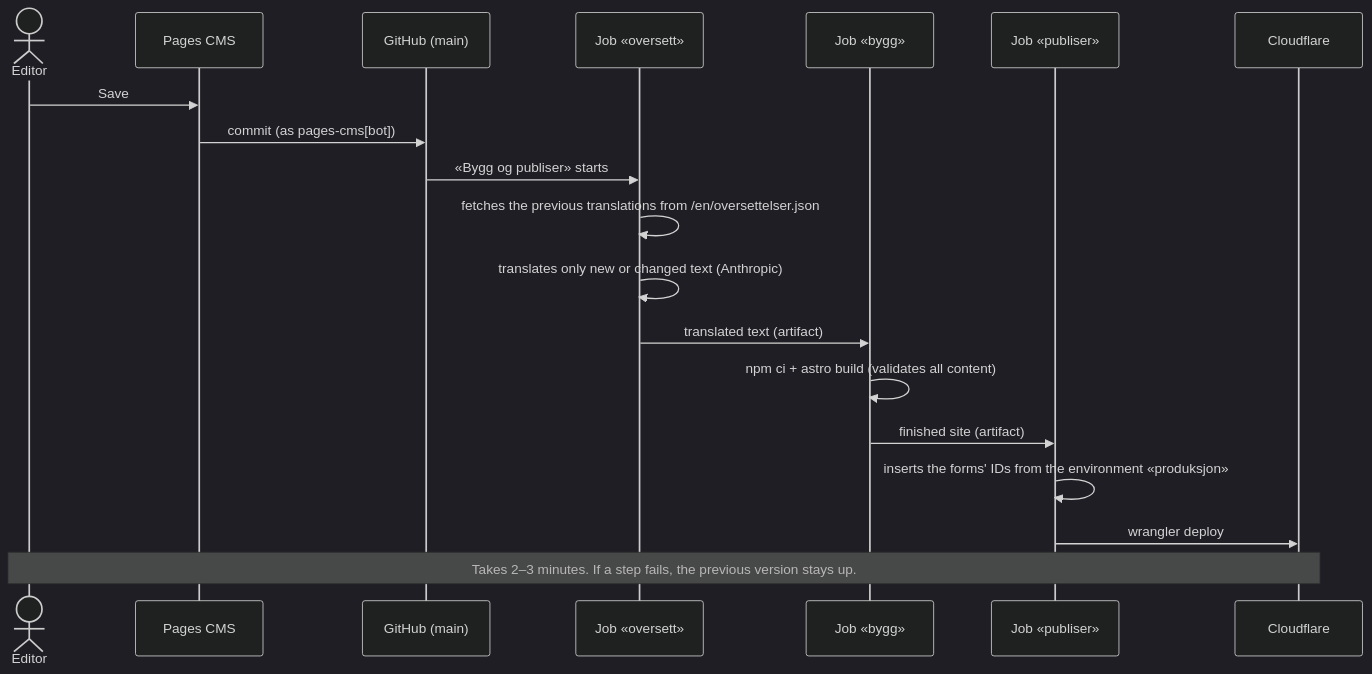
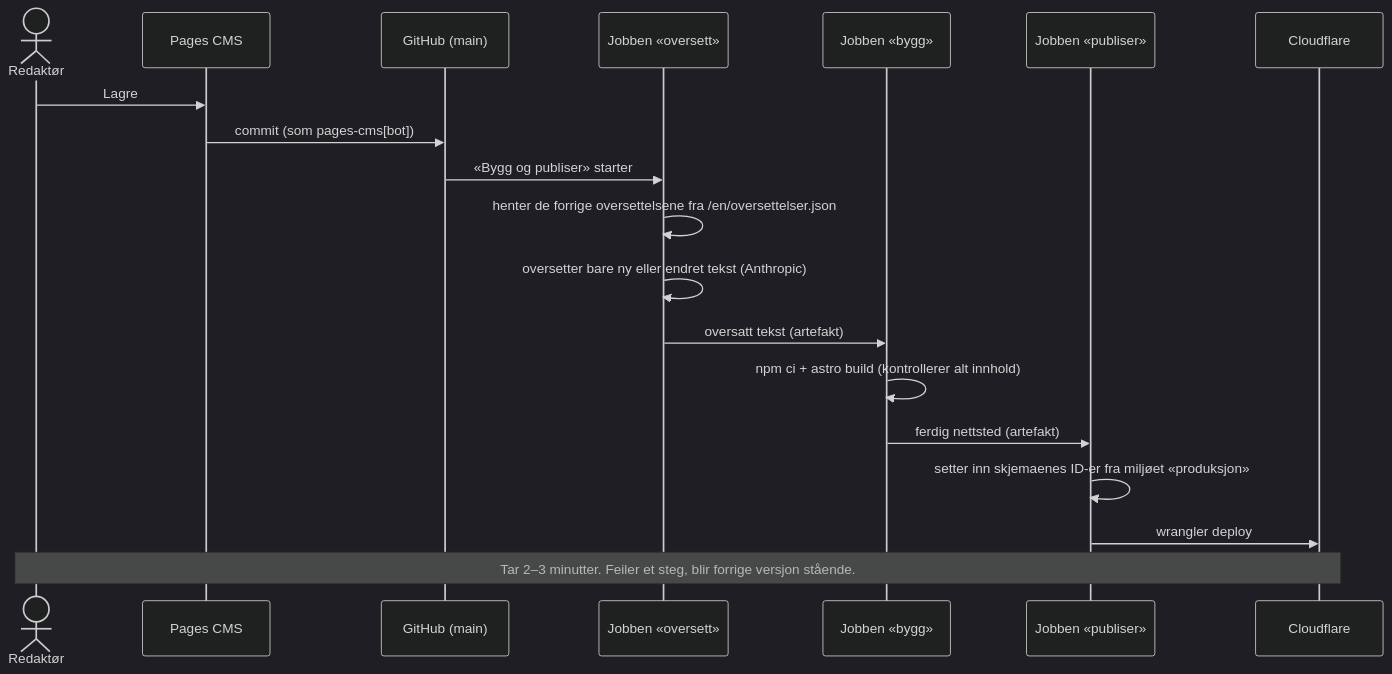
One commit to hpgt-com/hpgt-web changed the second of 3 diagrams in docs/architecture.md. Above: the diagram before and after it, drawn with Mermaid (dark theme). The commit also changed other lines of this file and 13 other files, not shown here.

````diff
--- a/docs/architecture.md
+++ b/docs/architecture.md
@@ -62,22 +67,22 @@
 ```mermaid
 sequenceDiagram
-  actor Ed as Editor
+  actor Ed as Redaktør
   participant CMS as Pages CMS
   participant Repo as GitHub (main)
-  participant O as Job «oversett»
-  participant Bg as Job «bygg»
-  participant P as Job «publiser»
+  participant O as Jobben «oversett»
+  participant Bg as Jobben «bygg»
+  participant P as Jobben «publiser»
   participant CF as Cloudflare
 
-  Ed->>CMS: Save
-  CMS->>Repo: commit (as pages-cms[bot])
-  Repo->>O: «Bygg og publiser» starts
-  O->>O: fetches the previous translations from /en/oversettelser.json
-  O->>O: translates only new or changed text (Anthropic)
-  O->>Bg: translated text (artifact)
-  Bg->>Bg: npm ci + astro build (validates all content)
-  Bg->>P: finished site (artifact)
-  P->>P: inserts the forms' IDs from the environment «produksjon»
+  Ed->>CMS: Lagre
+  CMS->>Repo: commit (som pages-cms[bot])
+  Repo->>O: «Bygg og publiser» starter
+  O->>O: henter de forrige oversettelsene fra /en/oversettelser.json
+  O->>O: oversetter bare ny eller endret tekst (Anthropic)
+  O->>Bg: oversatt tekst (artefakt)
+  Bg->>Bg: npm ci + astro build (kontrollerer alt innhold)
+  Bg->>P: ferdig nettsted (artefakt)
+  P->>P: setter inn skjemaenes ID-er fra miljøet «produksjon»
   P->>CF: wrangler deploy
-  Note over Ed,CF: Takes 2–3 minutes. If a step fails, the previous version stays up.
+  Note over Ed,CF: Tar 2–3 minutter. Feiler et steg, blir forrige versjon stående.
 ```
````
